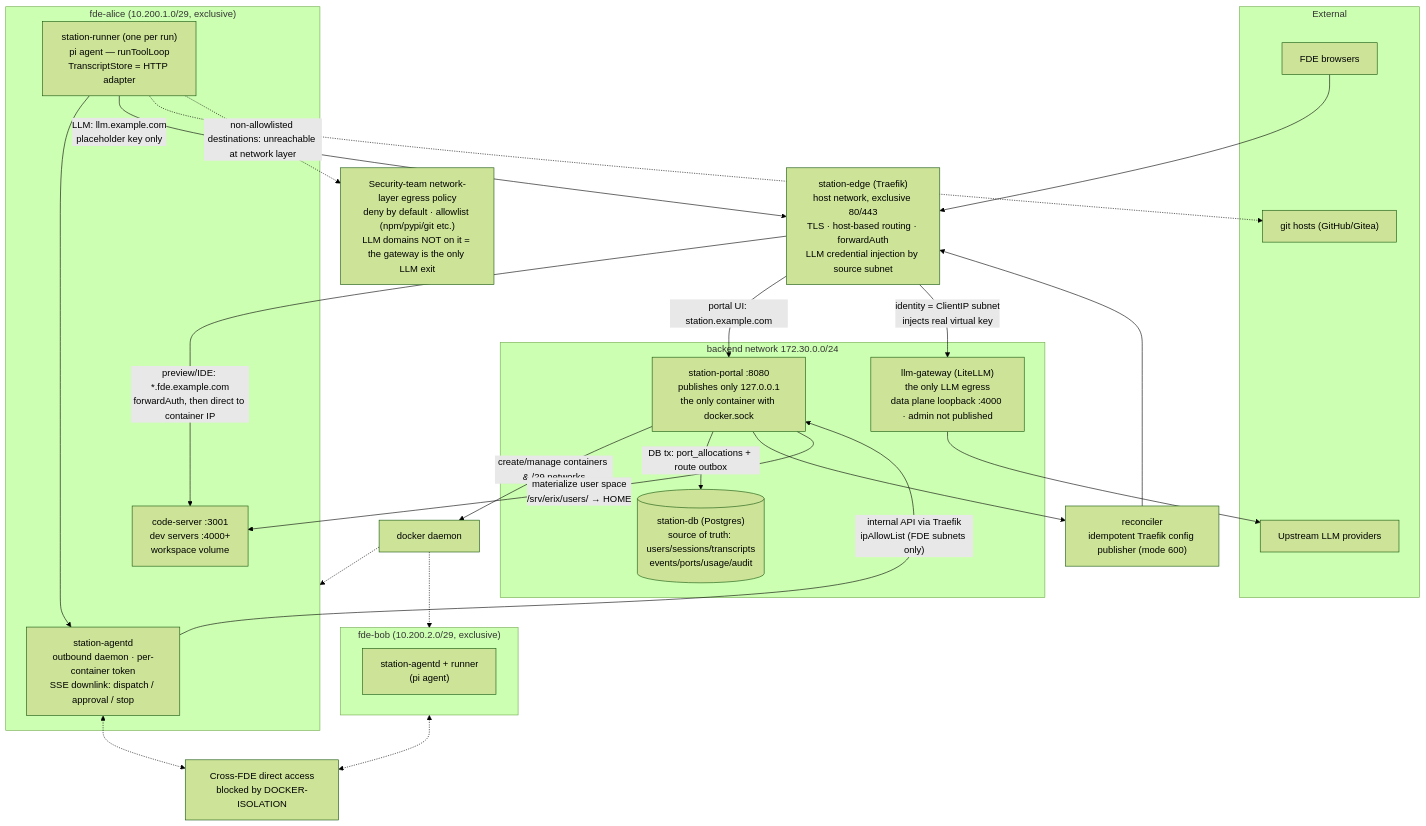
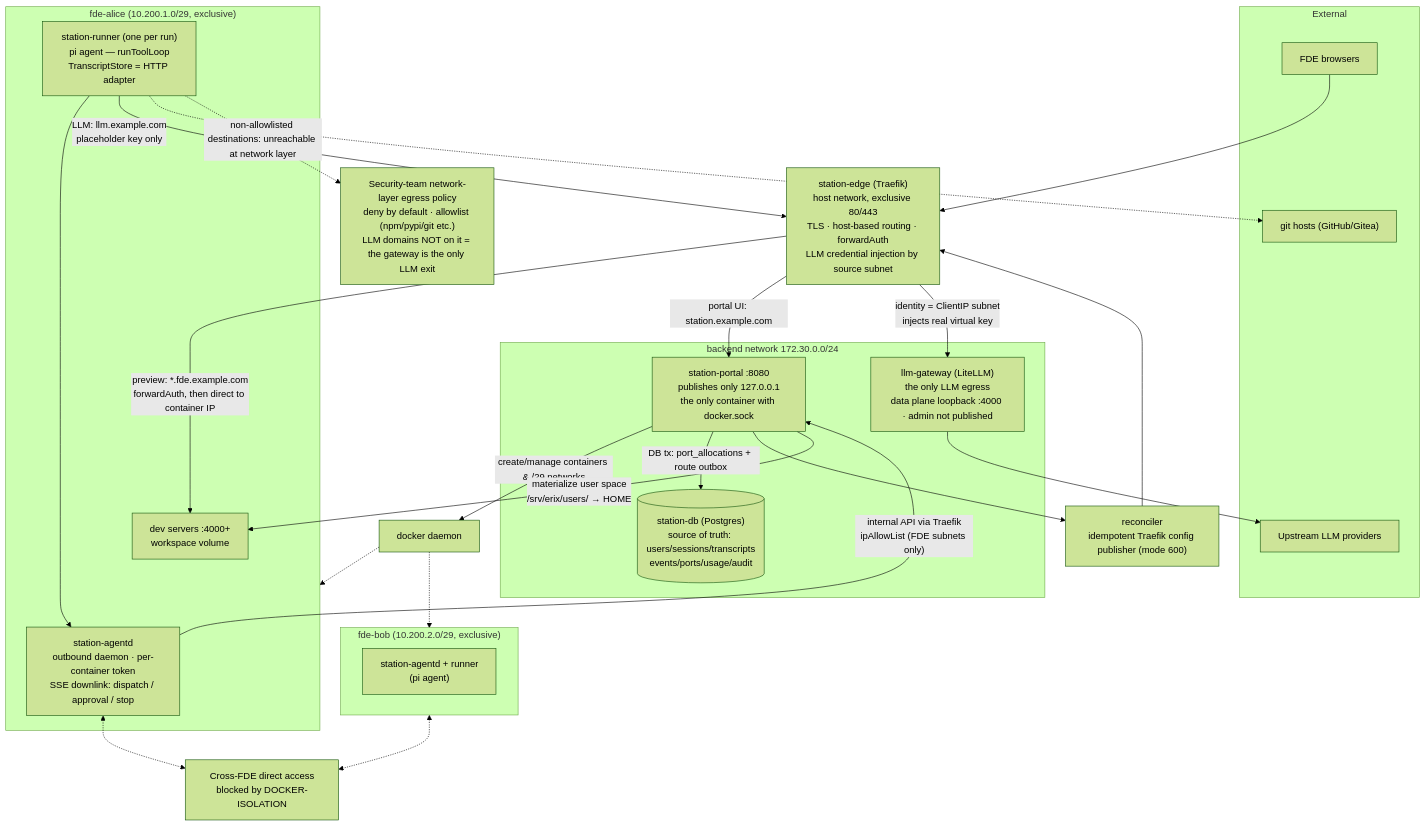
Before and after one commit to ErixWong/erix-station: the second of 4 diagrams in docs/charts.en.md, drawn with Mermaid (forest theme). The commit also changed other lines of this file and 9 other files, not shown here.

First line of the commit message:
docs(feat-260924-01): code-server 全面清退——对话界面为唯一交互入口（issue #71）

````diff
--- a/docs/charts.en.md
+++ b/docs/charts.en.md
@@ -42,52 +42,52 @@
 ```mermaid
 flowchart TB
     subgraph ext["External"]
         BR2["FDE browsers"]
         UP2["Upstream LLM providers"]
         GIT["git hosts (GitHub/Gitea)"]
     end
 
     TRA["station-edge (Traefik)<br/>host network, exclusive 80/443<br/>TLS · host-based routing · forwardAuth<br/>LLM credential injection by source subnet"]
 
     subgraph backend["backend network 172.30.0.0/24"]
         POR["station-portal :8080<br/>publishes only 127.0.0.1<br/>the only container with docker.sock"]
         DB2[("station-db (Postgres)<br/>source of truth: users/sessions/transcripts<br/>events/ports/usage/audit")]
         LLM["llm-gateway (LiteLLM)<br/>the only LLM egress<br/>data plane loopback :4000 · admin not published"]
     end
 
     subgraph fdeA["fde-alice (10.200.1.0/29, exclusive)"]
         AGD["station-agentd<br/>outbound daemon · per-container token<br/>SSE downlink: dispatch / approval / stop"]
         RUN["station-runner (one per run)<br/>pi agent — runToolLoop<br/>TranscriptStore = HTTP adapter"]
-        CS["code-server :3001<br/>dev servers :4000+<br/>workspace volume"]
+        CS["dev servers :4000+<br/>workspace volume"]
     end
 
     subgraph fdeB["fde-bob (10.200.2.0/29, exclusive)"]
         AGD2["station-agentd + runner<br/>(pi agent)"]
     end
 
     REC["reconciler<br/>idempotent Traefik config publisher (mode 600)"]
     DOCK["docker daemon"]
     BLOCK["Cross-FDE direct access<br/>blocked by DOCKER-ISOLATION"]
     EGRESS["Security-team network-layer egress policy<br/>deny by default · allowlist (npm/pypi/git etc.)<br/>LLM domains NOT on it = the gateway is the only LLM exit"]
 
     BR2 --> TRA
     TRA -- "portal UI: station.example.com" --> POR
-    TRA -- "preview/IDE: *.fde.example.com<br/>forwardAuth, then direct to container IP" --> CS
+    TRA -- "preview: *.fde.example.com<br/>forwardAuth, then direct to container IP" --> CS
 
     AGD -- "internal API via Traefik<br/>ipAllowList (FDE subnets only)" --> POR
     RUN --> AGD
     RUN -- "LLM: llm.example.com<br/>placeholder key only" --> TRA
     TRA -- "identity = ClientIP subnet<br/>injects real virtual key" --> LLM
     LLM --> UP2
 
     POR -- "create/manage containers & /29 networks" --> DOCK
     DOCK -.-> fdeA
     DOCK -.-> fdeB
     POR -- "DB tx: port_allocations + route outbox" --> DB2
     POR --> REC --> TRA
     POR -- "materialize user space<br/>/srv/erix/users/<fde> → HOME" --> CS
     RUN -.-> GIT
     RUN -. "non-allowlisted destinations: unreachable at network layer" .-> EGRESS
     AGD <-.-> BLOCK
     fdeB <-.-> BLOCK
 ```
````
